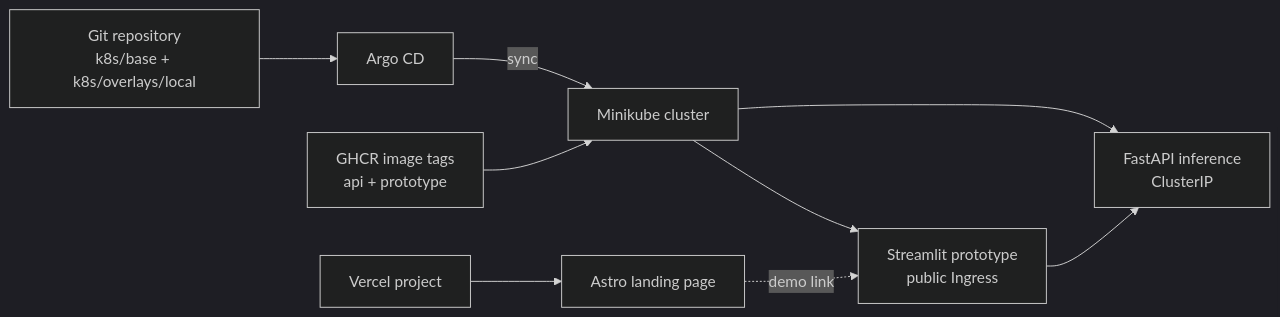
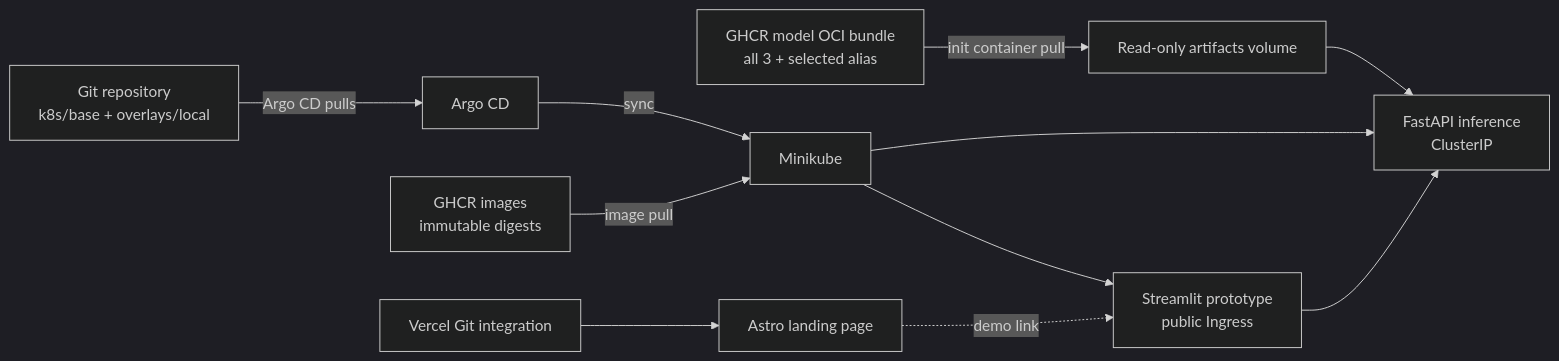
The fifth of 5 diagrams in docs/architecture/README.md (adriansalvadorekomo/RoadAnomaly), drawn with Mermaid (dark theme) before and after one commit. The commit also changed other lines of this file and 24 other files, not shown here.

First line of the commit message:
docs: align CRISP-DM architecture, API and deployment contracts

````diff
--- a/docs/architecture/README.md
+++ b/docs/architecture/README.md
@@ -201,11 +322,13 @@
 ```mermaid
 flowchart LR
-  G["Git repository<br/>k8s/base + k8s/overlays/local"] --> ARGO["Argo CD"]
-  ARGO -->|sync| MIN["Minikube cluster"]
-  GHCR["GHCR image tags<br/>api + prototype"] --> MIN
-  MIN --> API["FastAPI inference<br/>ClusterIP"]
+  GIT["Git repository<br/>k8s/base + overlays/local"] -->|"Argo CD pulls"| ARGO["Argo CD"]
+  ARGO -->|"sync"| MIN["Minikube"]
+  GHCR["GHCR images<br/>immutable digests"] -->|"image pull"| MIN
+  BUNDLE["GHCR model OCI bundle<br/>all 3 + selected alias"] -->|"init container pull"| VOL["Read-only artifacts volume"]
+  VOL --> API["FastAPI inference<br/>ClusterIP"]
+  MIN --> API
   MIN --> ST["Streamlit prototype<br/>public Ingress"]
   ST --> API
-  V["Vercel project"] --> WEB["Astro landing page"]
+  V["Vercel Git integration"] --> WEB["Astro landing page"]
   WEB -. "demo link" .-> ST
 ```
````
